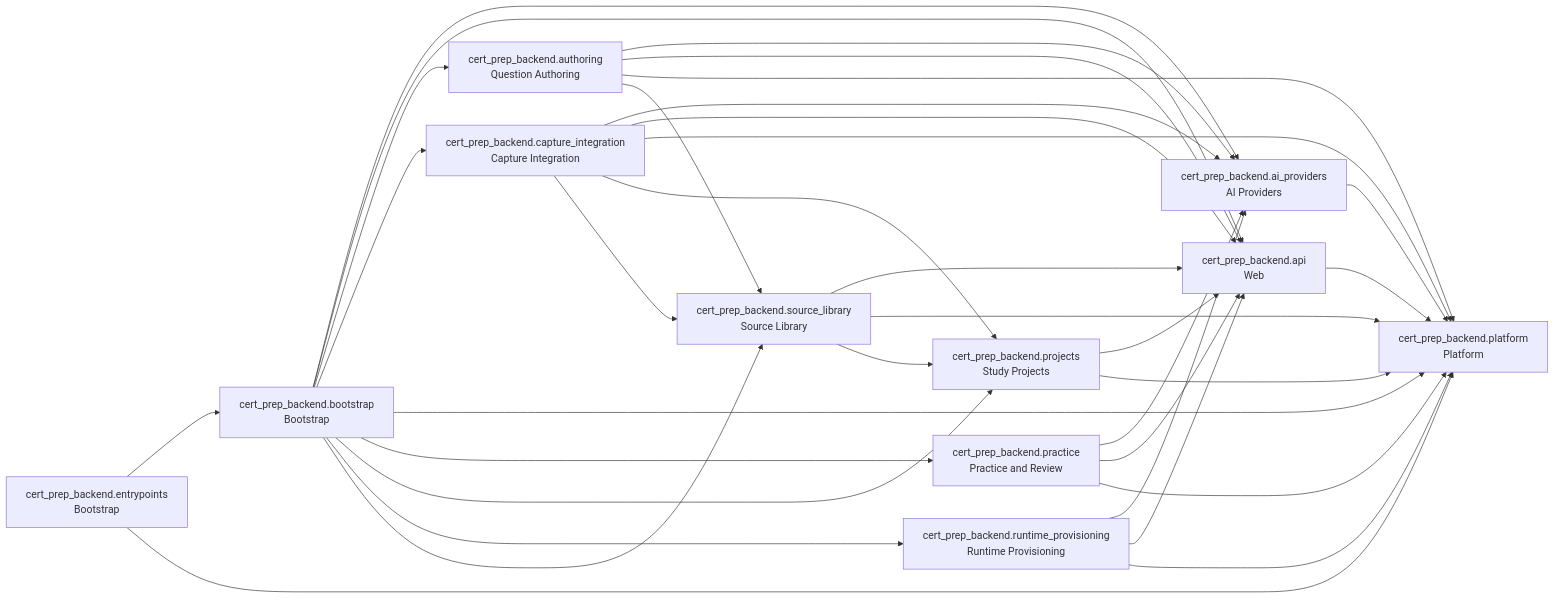
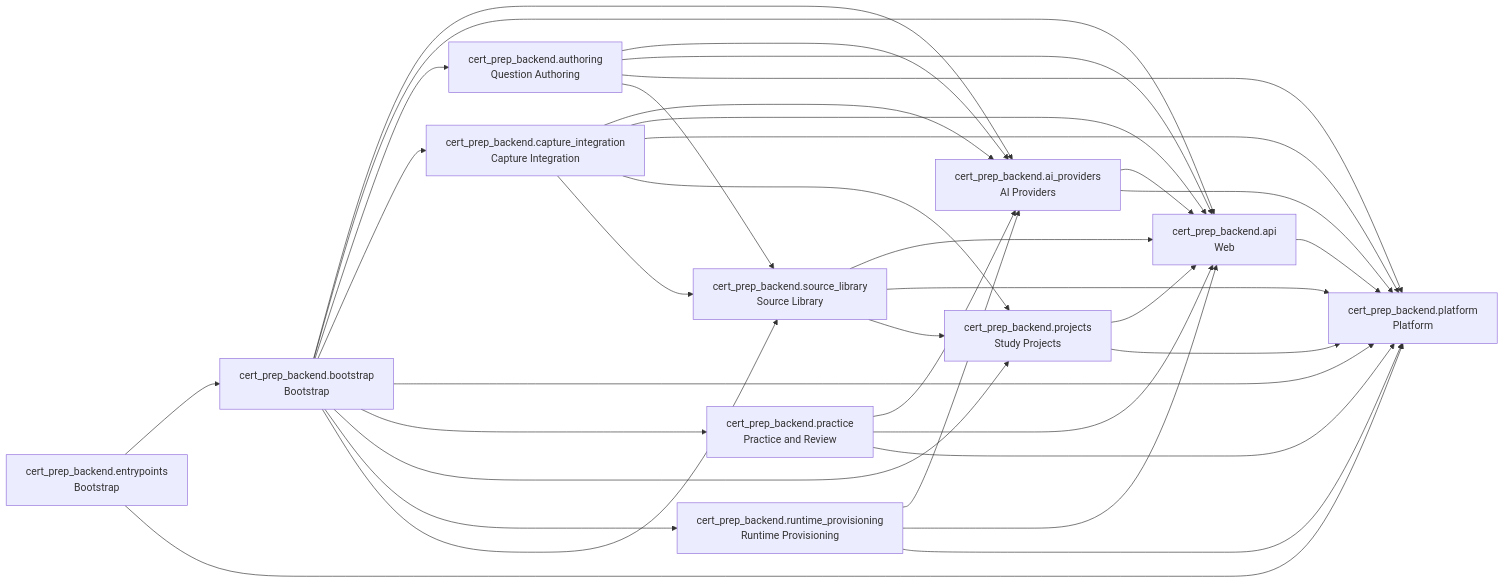
Before and after one commit to WodenWang820118/cert-prep: the diagram in docs/architecture/backend-contexts.md, drawn with Mermaid. The commit also changed 31 other files, not shown here.

````diff
--- a/docs/architecture/backend-contexts.md
+++ b/docs/architecture/backend-contexts.md
@@ -6,47 +6,48 @@
 ```mermaid
 flowchart LR
   n_cert_prep_backend_ai_providers["cert_prep_backend.ai_providers<br/>AI Providers"]
   n_cert_prep_backend_api["cert_prep_backend.api<br/>Web"]
   n_cert_prep_backend_authoring["cert_prep_backend.authoring<br/>Question Authoring"]
   n_cert_prep_backend_bootstrap["cert_prep_backend.bootstrap<br/>Bootstrap"]
   n_cert_prep_backend_capture_integration["cert_prep_backend.capture_integration<br/>Capture Integration"]
   n_cert_prep_backend_entrypoints["cert_prep_backend.entrypoints<br/>Bootstrap"]
   n_cert_prep_backend_platform["cert_prep_backend.platform<br/>Platform"]
   n_cert_prep_backend_practice["cert_prep_backend.practice<br/>Practice and Review"]
   n_cert_prep_backend_projects["cert_prep_backend.projects<br/>Study Projects"]
   n_cert_prep_backend_runtime_provisioning["cert_prep_backend.runtime_provisioning<br/>Runtime Provisioning"]
   n_cert_prep_backend_source_library["cert_prep_backend.source_library<br/>Source Library"]
+  n_cert_prep_backend_ai_providers --> n_cert_prep_backend_api
   n_cert_prep_backend_ai_providers --> n_cert_prep_backend_platform
   n_cert_prep_backend_api --> n_cert_prep_backend_platform
   n_cert_prep_backend_authoring --> n_cert_prep_backend_ai_providers
   n_cert_prep_backend_authoring --> n_cert_prep_backend_api
   n_cert_prep_backend_authoring --> n_cert_prep_backend_platform
   n_cert_prep_backend_authoring --> n_cert_prep_backend_source_library
   n_cert_prep_backend_bootstrap --> n_cert_prep_backend_ai_providers
   n_cert_prep_backend_bootstrap --> n_cert_prep_backend_api
   n_cert_prep_backend_bootstrap --> n_cert_prep_backend_authoring
   n_cert_prep_backend_bootstrap --> n_cert_prep_backend_capture_integration
   n_cert_prep_backend_bootstrap --> n_cert_prep_backend_platform
   n_cert_prep_backend_bootstrap --> n_cert_prep_backend_practice
   n_cert_prep_backend_bootstrap --> n_cert_prep_backend_projects
   n_cert_prep_backend_bootstrap --> n_cert_prep_backend_runtime_provisioning
   n_cert_prep_backend_bootstrap --> n_cert_prep_backend_source_library
   n_cert_prep_backend_capture_integration --> n_cert_prep_backend_ai_providers
   n_cert_prep_backend_capture_integration --> n_cert_prep_backend_api
   n_cert_prep_backend_capture_integration --> n_cert_prep_backend_platform
   n_cert_prep_backend_capture_integration --> n_cert_prep_backend_projects
   n_cert_prep_backend_capture_integration --> n_cert_prep_backend_source_library
   n_cert_prep_backend_entrypoints --> n_cert_prep_backend_bootstrap
   n_cert_prep_backend_entrypoints --> n_cert_prep_backend_platform
   n_cert_prep_backend_practice --> n_cert_prep_backend_ai_providers
   n_cert_prep_backend_practice --> n_cert_prep_backend_api
   n_cert_prep_backend_practice --> n_cert_prep_backend_platform
   n_cert_prep_backend_projects --> n_cert_prep_backend_api
   n_cert_prep_backend_projects --> n_cert_prep_backend_platform
   n_cert_prep_backend_runtime_provisioning --> n_cert_prep_backend_ai_providers
   n_cert_prep_backend_runtime_provisioning --> n_cert_prep_backend_api
   n_cert_prep_backend_runtime_provisioning --> n_cert_prep_backend_platform
   n_cert_prep_backend_source_library --> n_cert_prep_backend_api
   n_cert_prep_backend_source_library --> n_cert_prep_backend_platform
   n_cert_prep_backend_source_library --> n_cert_prep_backend_projects
 ```
````
